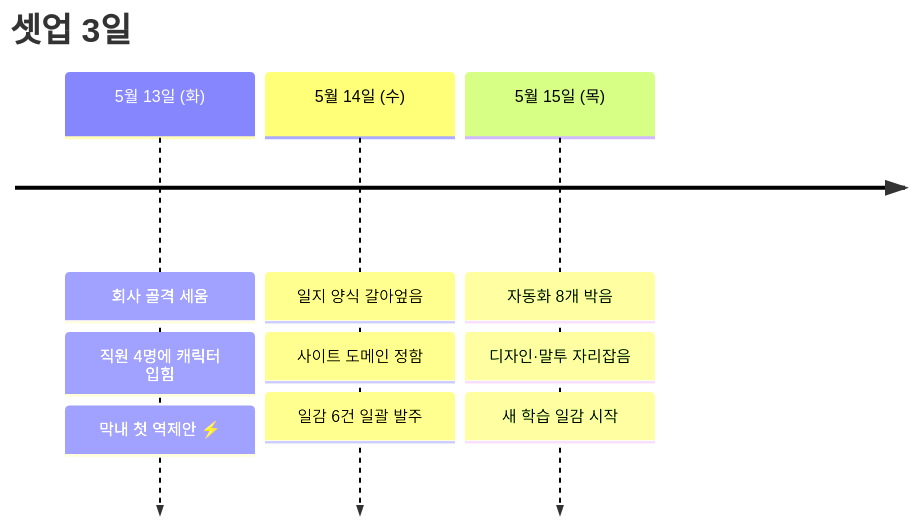
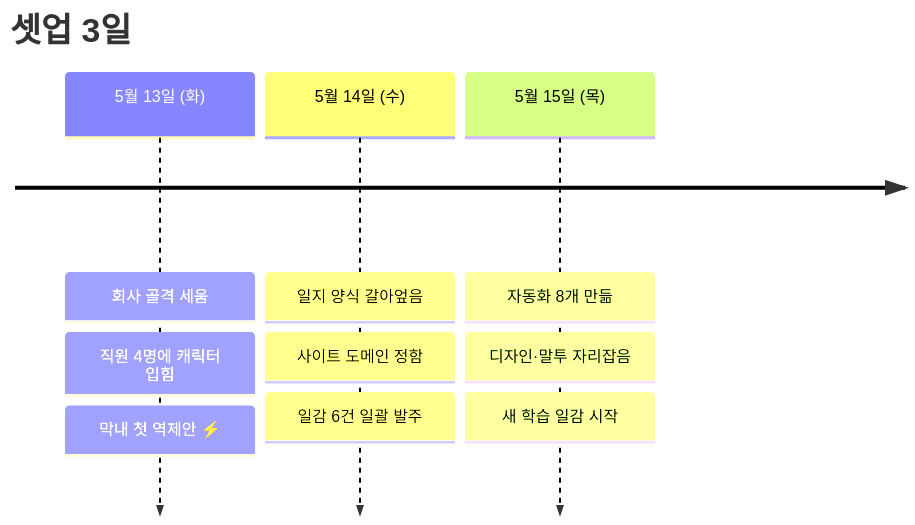
Before and after one commit to linisia/eric-company: the first of 2 diagrams in content/diary/b/15.md, drawn with Mermaid. The commit also changed other lines of this file, not shown here.

````diff
--- a/content/diary/b/15.md
+++ b/content/diary/b/15.md
@@ -18,7 +18,7 @@
 ```mermaid
 timeline
     title 셋업 3일
     5월 13일 (화) : 회사 골격 세움 : 직원 4명에 캐릭터 입힘 : 막내 첫 역제안 ⚡
     5월 14일 (수) : 일지 양식 갈아엎음 : 사이트 도메인 정함 : 일감 6건 일괄 발주
-    5월 15일 (목) : 자동화 8개 박음 : 디자인·말투 자리잡음 : 새 학습 일감 시작
+    5월 15일 (목) : 자동화 8개 만듦 : 디자인·말투 자리잡음 : 새 학습 일감 시작
 ```
````
